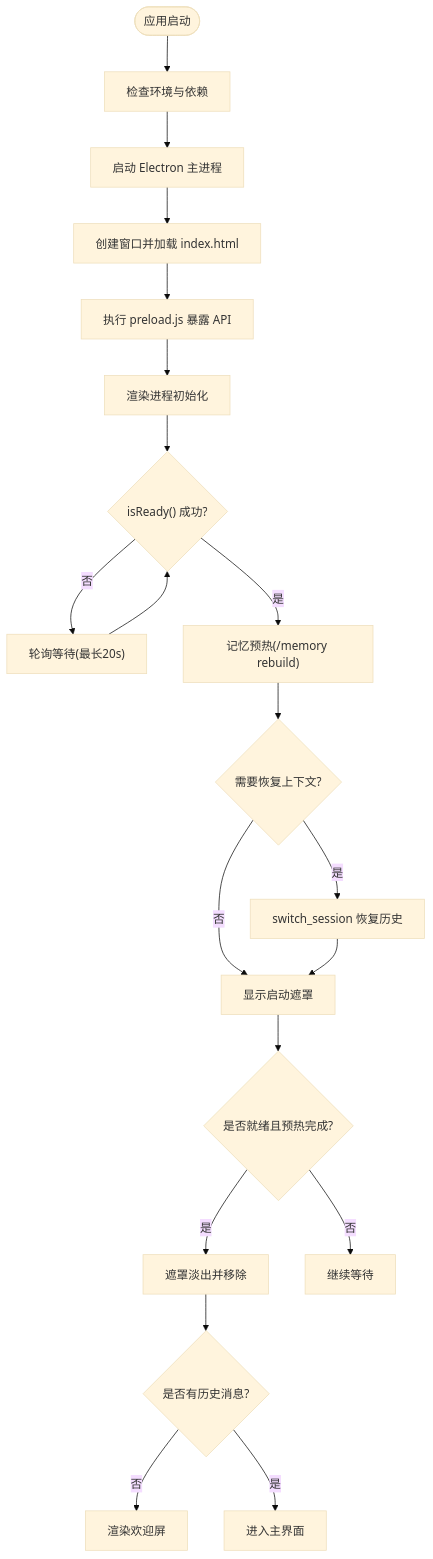
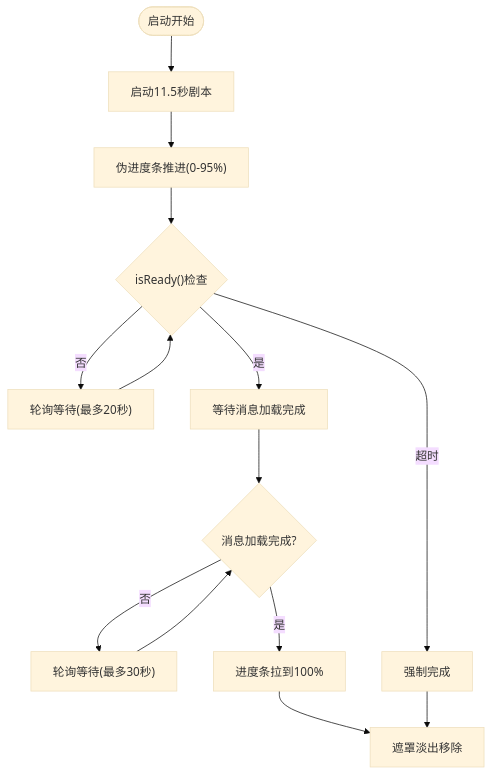
The fourth of 5 diagrams in .qoder/repowiki/zh/content/核心架构/启动流程与动画系统.md (swond-Mao/Tiffa), drawn with Mermaid (base theme) before and after one commit. The commit also changed other lines of this file and 25 other files, not shown here.

````diff
--- a/.qoder/repowiki/zh/content/核心架构/启动流程与动画系统.md
+++ b/.qoder/repowiki/zh/content/核心架构/启动流程与动画系统.md
@@ -246,22 +301,16 @@
 ```mermaid
 flowchart TD
-Start(["应用启动"]) --> CheckEnv["检查环境与依赖"]
-CheckEnv --> LaunchElectron["启动 Electron 主进程"]
-LaunchElectron --> CreateWindow["创建窗口并加载 index.html"]
-CreateWindow --> LoadPreload["执行 preload.js 暴露 API"]
-LoadPreload --> InitRenderer["渲染进程初始化"]
-InitRenderer --> WaitReady{"isReady() 成功?"}
-WaitReady --> |否| PollReady["轮询等待(最长20s)"]
-PollReady --> WaitReady
-WaitReady --> |是| PreheatMem["记忆预热(/memory rebuild)"]
-PreheatMem --> RestoreCtx{"需要恢复上下文?"}
-RestoreCtx --> |是| SwitchSession["switch_session 恢复历史"]
-RestoreCtx --> |否| ShowOverlay["显示启动遮罩"]
-SwitchSession --> ShowOverlay
-ShowOverlay --> FadeOut{"是否就绪且预热完成?"}
-FadeOut --> |是| RemoveOverlay["遮罩淡出并移除"]
-FadeOut --> |否| WaitMore["继续等待"]
-RemoveOverlay --> ShowWelcome{"是否有历史消息?"}
-ShowWelcome --> |否| RenderWelcome["渲染欢迎屏"]
-ShowWelcome --> |是| ReadyUI["进入主界面"]
+Start(["启动开始"]) --> ScriptStart["启动11.5秒剧本"]
+ScriptStart --> PseudoProgress["伪进度条推进(0-95%)"]
+PseudoProgress --> CheckReady{"isReady()检查"}
+CheckReady --> |否| WaitReady["轮询等待(最多20秒)"]
+WaitReady --> CheckReady
+CheckReady --> |是| LoadMessages["等待消息加载完成"]
+LoadMessages --> CheckLoaded{"消息加载完成?"}
+CheckLoaded --> |否| WaitLoaded["轮询等待(最多30秒)"]
+WaitLoaded --> CheckLoaded
+CheckLoaded --> |是| Complete["进度条拉到100%"]
+Complete --> FadeOut["遮罩淡出移除"]
+CheckReady --> |超时| ForceComplete["强制完成"]
+ForceComplete --> FadeOut
 ```
````
